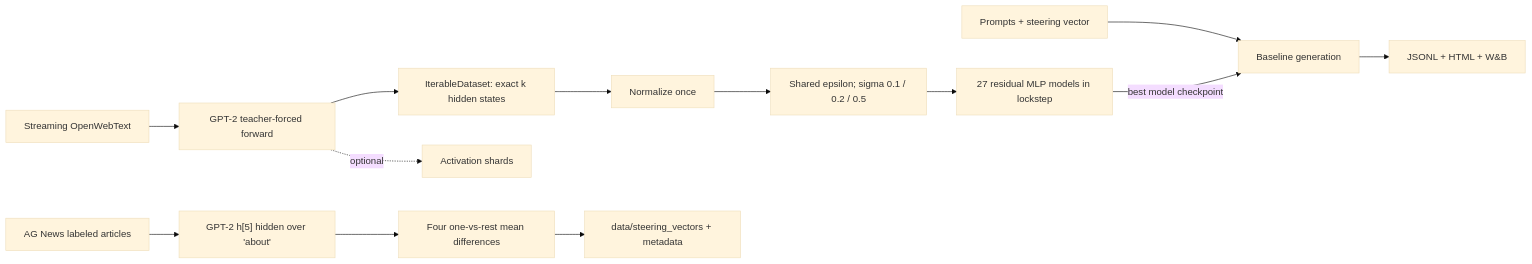
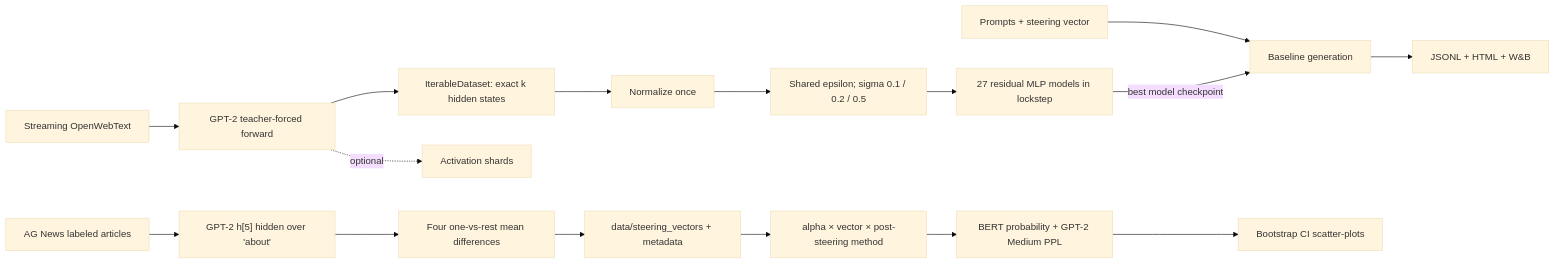
The diagram in docs/architecture.md (MichaelNotDeveloper/steering-recovery), drawn with Mermaid (base theme) before and after one commit. The commit also changed other lines of this file and 22 other files, not shown here.

````diff
--- a/docs/architecture.md
+++ b/docs/architecture.md
@@ -48,15 +50,18 @@
 ```mermaid
 flowchart LR
     A["Streaming OpenWebText"] --> B["GPT-2 teacher-forced forward"]
     B --> C["IterableDataset: exact k hidden states"]
     C --> D["Normalize once"]
     D --> E["Shared epsilon; sigma 0.1 / 0.2 / 0.5"]
     E --> J["27 residual MLP models in lockstep"]
     B -. "optional" .-> I["Activation shards"]
     F["Prompts + steering vector"] --> G["Baseline generation"]
     J -->|"best model checkpoint"| G
     G --> H["JSONL + HTML + W&B"]
     K["AG News labeled articles"] --> L["GPT-2 h[5] hidden over 'about'"]
     L --> M["Four one-vs-rest mean differences"]
     M --> N["data/steering_vectors + metadata"]
+    N --> O["alpha × vector × post-steering method"]
+    O --> P["BERT probability + GPT-2 Medium PPL"]
+    P --> Q["Bootstrap CI scatter-plots"]
 ```
````
